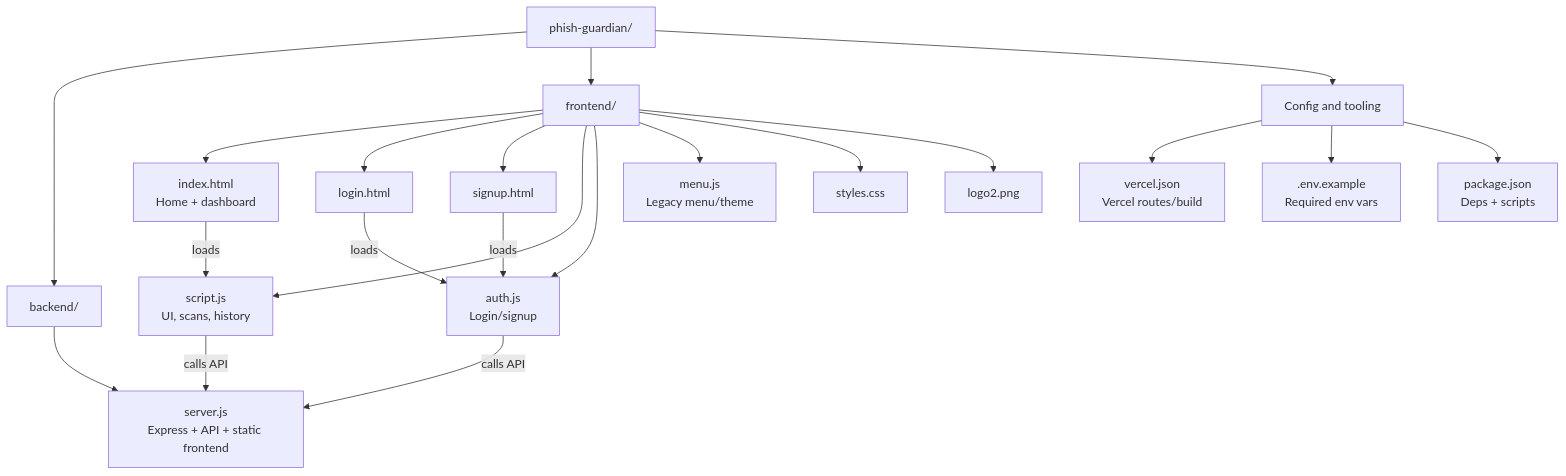
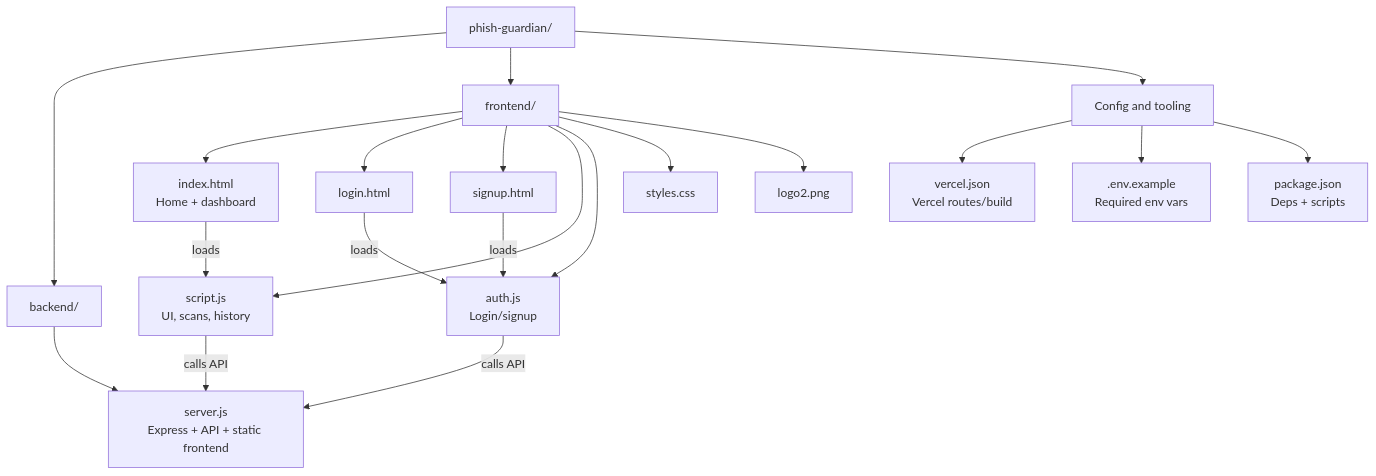
Before and after one commit to Qhelani01/Phish-Guardian: the diagram in README.md, drawn with Mermaid. The commit also changed other lines of this file and 4 other files, not shown here.

````diff
--- a/README.md
+++ b/README.md
@@ -48,28 +47,27 @@
 ```mermaid
 flowchart TB
   Repo["phish-guardian/"]
 
   Repo --> BackendDir["backend/"]
   BackendDir --> Server["server.js<br/>Express + API + static frontend"]
 
   Repo --> FrontendDir["frontend/"]
   FrontendDir --> Index["index.html<br/>Home + dashboard"]
   FrontendDir --> Login["login.html"]
   FrontendDir --> Signup["signup.html"]
   FrontendDir --> MainJS["script.js<br/>UI, scans, history"]
   FrontendDir --> AuthJS["auth.js<br/>Login/signup"]
-  FrontendDir --> MenuJS["menu.js<br/>Legacy menu/theme"]
   FrontendDir --> CSS["styles.css"]
   FrontendDir --> Logo["logo2.png"]
 
   Repo --> Config["Config and tooling"]
   Config --> Vercel["vercel.json<br/>Vercel routes/build"]
   Config --> Env[".env.example<br/>Required env vars"]
   Config --> Pkg["package.json<br/>Deps + scripts"]
 
   Index -->|loads| MainJS
   Login -->|loads| AuthJS
   Signup -->|loads| AuthJS
   MainJS -->|calls API| Server
   AuthJS -->|calls API| Server
 ```
````
